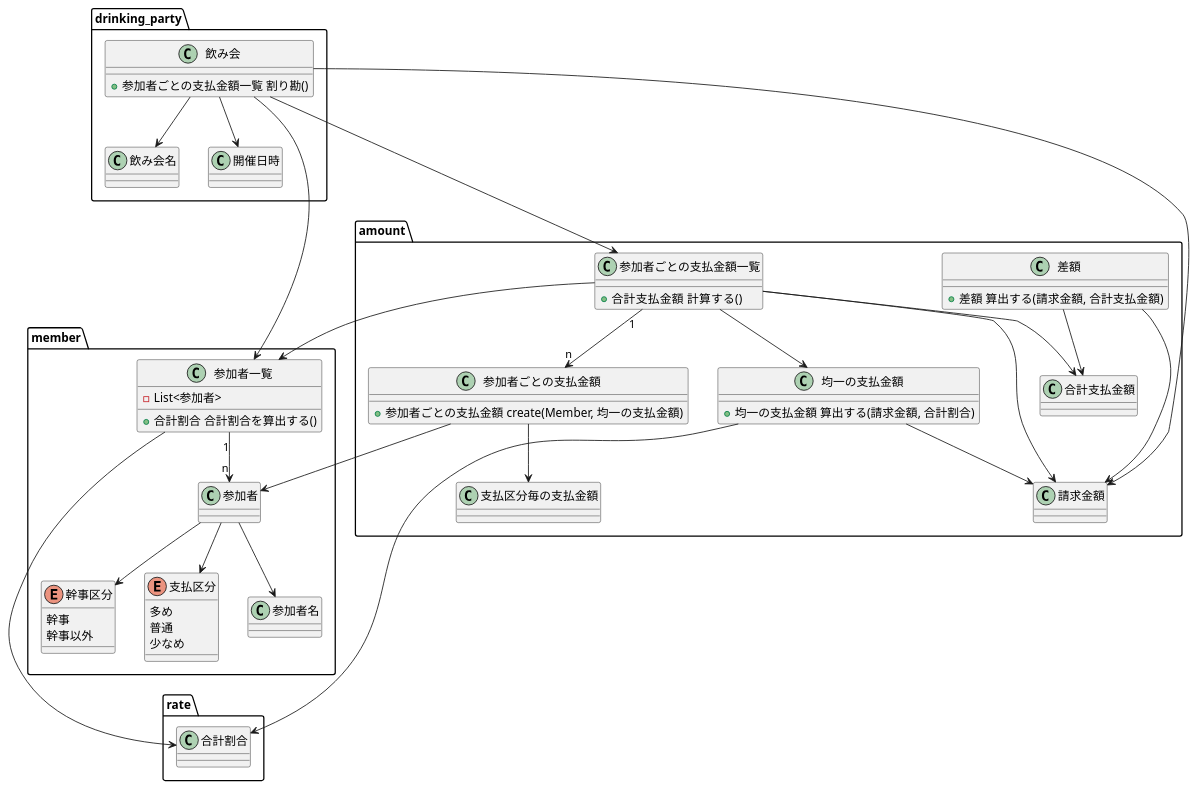
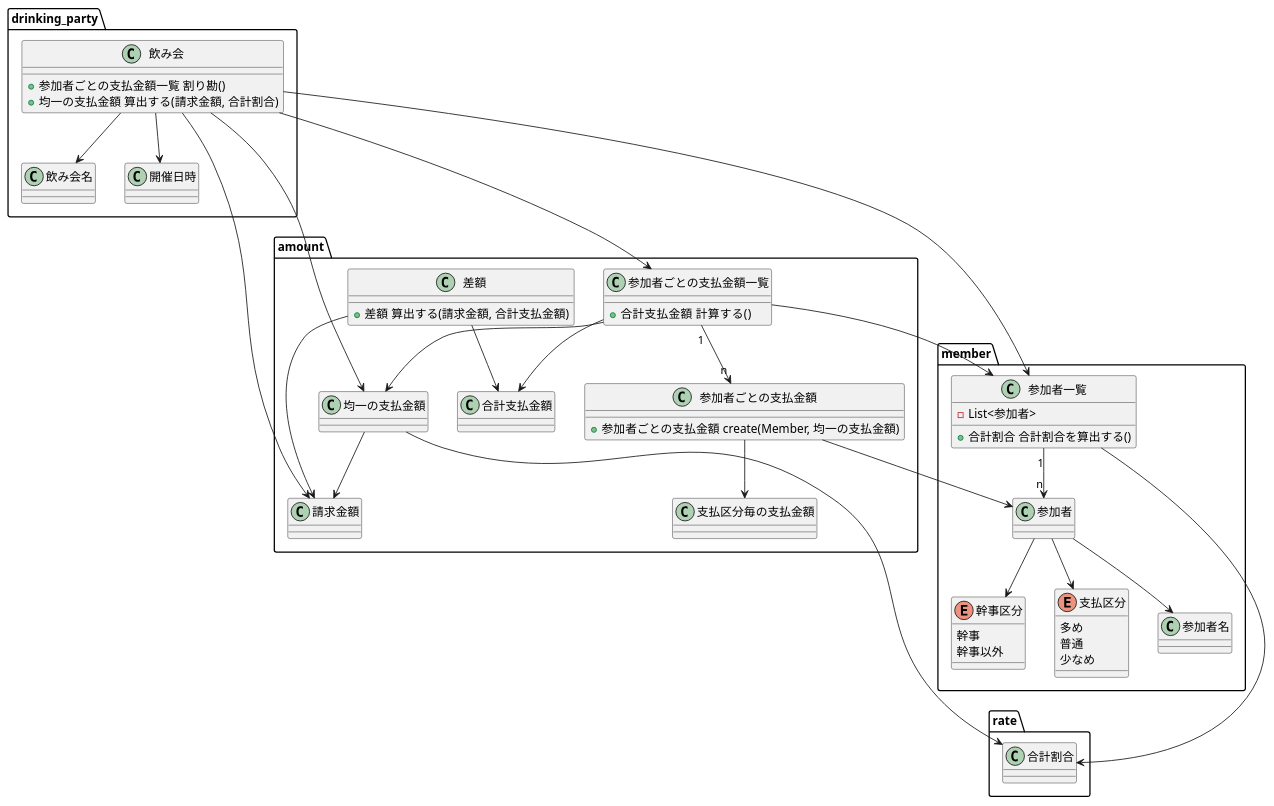
The diagram in doc/モデル３.puml (mmm00mmm/ddd-warikan), drawn with PlantUML before and after one commit. The commit also changed 4 other files, not shown here.

```diff
--- a/doc/モデル３.puml
+++ b/doc/モデル３.puml
@@ -1,86 +1,86 @@
 @startuml
 
 package drinking_party {
     class 飲み会 {
         + 参加者ごとの支払金額一覧 割り勘()
+        + 均一の支払金額 算出する(請求金額, 合計割合)
     }
     class 飲み会名 {
     }
     class 開催日時 {
     }
 
     飲み会 --> 飲み会名
     飲み会 --> 開催日時
 }
 
 package member {
     class 参加者一覧 {
         - List<参加者>
         + 合計割合 合計割合を算出する()
     }
     class 参加者名 {
     }
     enum 幹事区分 {
         幹事
         幹事以外
     }
     enum 支払区分 {
         多め
         普通
         少なめ
     }
 
     参加者一覧 "1" --> "n" 参加者
     参加者 --> 参加者名
     参加者 --> 幹事区分
     参加者 --> 支払区分
 }
 
 package rate {
     class 合計割合 {
     }
 }
 
 
 package amount {
     class 請求金額 {
     }
     class 均一の支払金額 {
-        + 均一の支払金額 算出する(請求金額, 合計割合)
     }
     class 支払区分毎の支払金額 {
     }
     class 参加者ごとの支払金額 {
         + 参加者ごとの支払金額 create(Member, 均一の支払金額)
     }
     class 参加者ごとの支払金額一覧 {
         + 合計支払金額  計算する()
     }
     class 合計支払金額 {
     }
     class 差額 {
         + 差額 算出する(請求金額, 合計支払金額)
     }
 
     均一の支払金額 --> 請求金額
     参加者ごとの支払金額 --> 支払区分毎の支払金額
     参加者ごとの支払金額一覧 "1" --> "n" 参加者ごとの支払金額
     参加者ごとの支払金額一覧 --> 合計支払金額
     差額 --> 請求金額
     差額 --> 合計支払金額
 }
 
 飲み会 --> 請求金額
 飲み会 ---> 参加者ごとの支払金額一覧
 飲み会 --> 参加者一覧
+飲み会 --> 均一の支払金額
 
 均一の支払金額 ----> 合計割合
 参加者一覧 ----> 合計割合
 
 参加者ごとの支払金額一覧 --> 参加者一覧
-参加者ごとの支払金額一覧 --> 請求金額
 参加者ごとの支払金額一覧 --> 均一の支払金額
 
 参加者ごとの支払金額 --> 参加者
 
 @enduml
```
